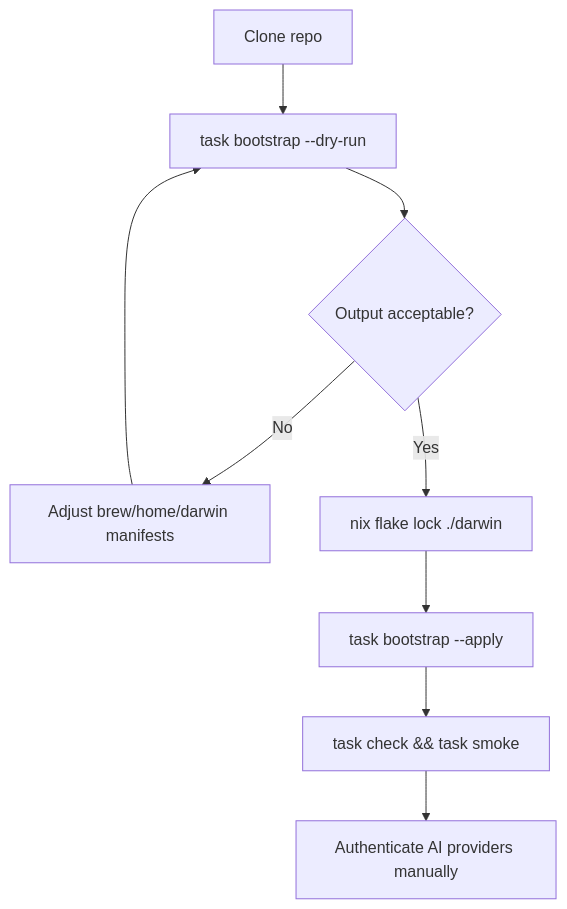
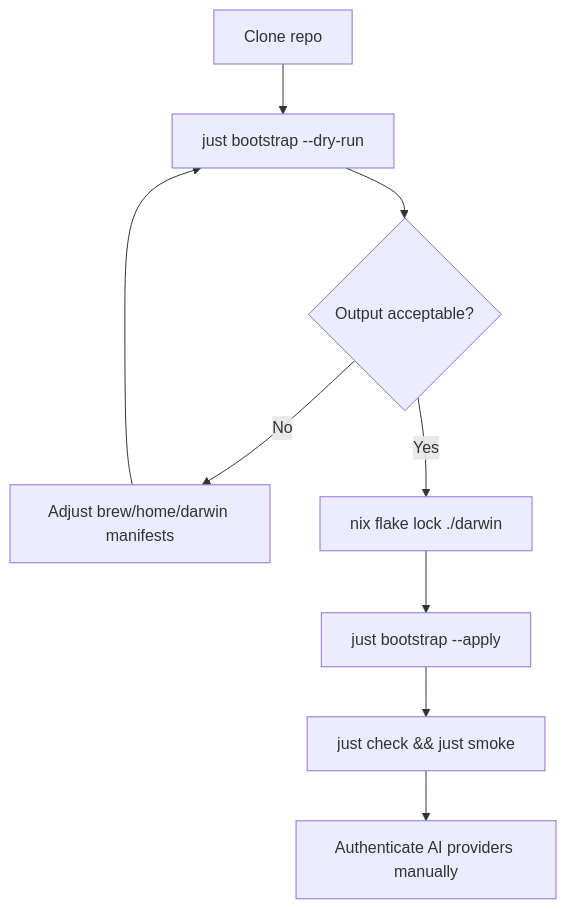
Before and after one commit to wyattowalsh/dotfiles: the diagram in docs/content/docs/fresh-mac.mdx, drawn with Mermaid. The commit also changed other lines of this file and 43 other files, not shown here.

````diff
--- a/docs/content/docs/fresh-mac.mdx
+++ b/docs/content/docs/fresh-mac.mdx
@@ -48,11 +48,11 @@
 ```mermaid
 flowchart TD
-  A[Clone repo] --> B[task bootstrap --dry-run]
+  A[Clone repo] --> B[just bootstrap --dry-run]
   B --> C{Output acceptable?}
   C -->|No| D[Adjust brew/home/darwin manifests]
   D --> B
   C -->|Yes| E[nix flake lock ./darwin]
-  E --> F[task bootstrap --apply]
-  F --> G[task check && task smoke]
+  E --> F[just bootstrap --apply]
+  F --> G[just check && just smoke]
   G --> H[Authenticate AI providers manually]
 ```
````
